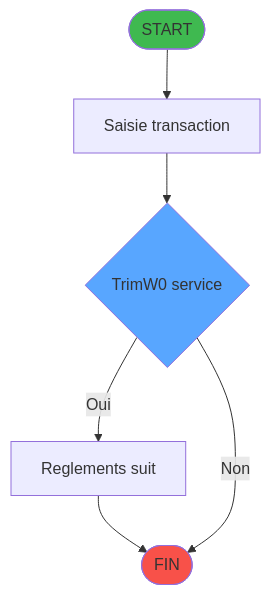
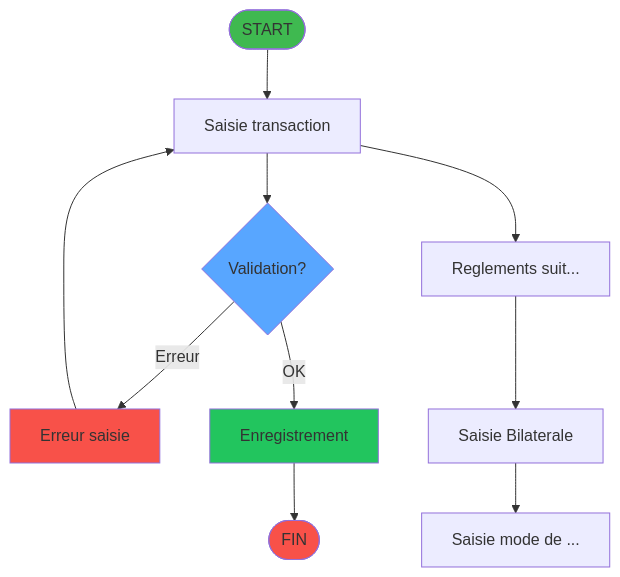
The first of 2 diagrams in .openspec/specs/ADH-IDE-237.md (thonyAGP/lecteur-magic), drawn with Mermaid before and after one commit. The commit also changed other lines of this file and 1 other file, not shown here.

Commit message:
feat(pipeline): improve algorigramme with validation loop and multiple forms

````diff
--- a/.openspec/specs/ADH-IDE-237.md
+++ b/.openspec/specs/ADH-IDE-237.md
@@ -175,16 +175,24 @@
 ```mermaid
 flowchart TD
     START([START])
     style START fill:#3fb950
     F1[Saisie transaction]
     START --> F1
-    D1{TrimW0 service }
+    D1{Validation?}
     style D1 fill:#58a6ff
     F1 --> D1
-    YES1[Reglements suit]
-    D1 -->|Oui| YES1
-    YES1 --> ENDOK
-    D1 -->|Non| ENDOK
+    D1 -->|Erreur| ERR[Erreur saisie]
+    ERR --> F1
+    style ERR fill:#f85149
+    F2[Reglements suit...]
+    F1 --> F2
+    F3[Saisie Bilaterale]
+    F2 --> F3
+    F4[Saisie mode de ...]
+    F3 --> F4
+    D1 -->|OK| SAVE[Enregistrement]
+    style SAVE fill:#22c55e
+    SAVE --> ENDOK
     ENDOK([FIN])
     style ENDOK fill:#f85149
 ```
````
